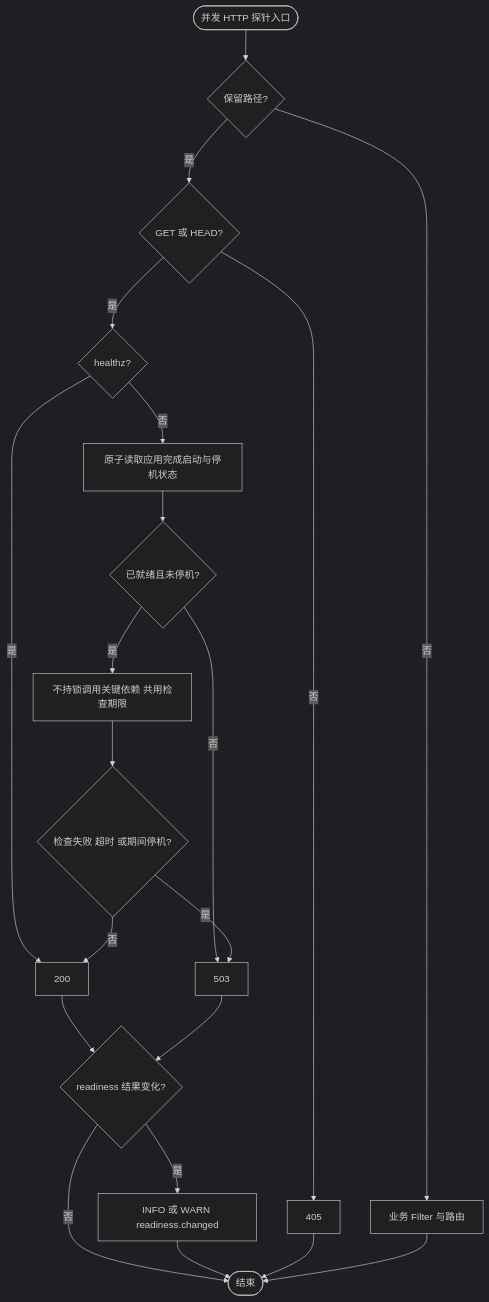
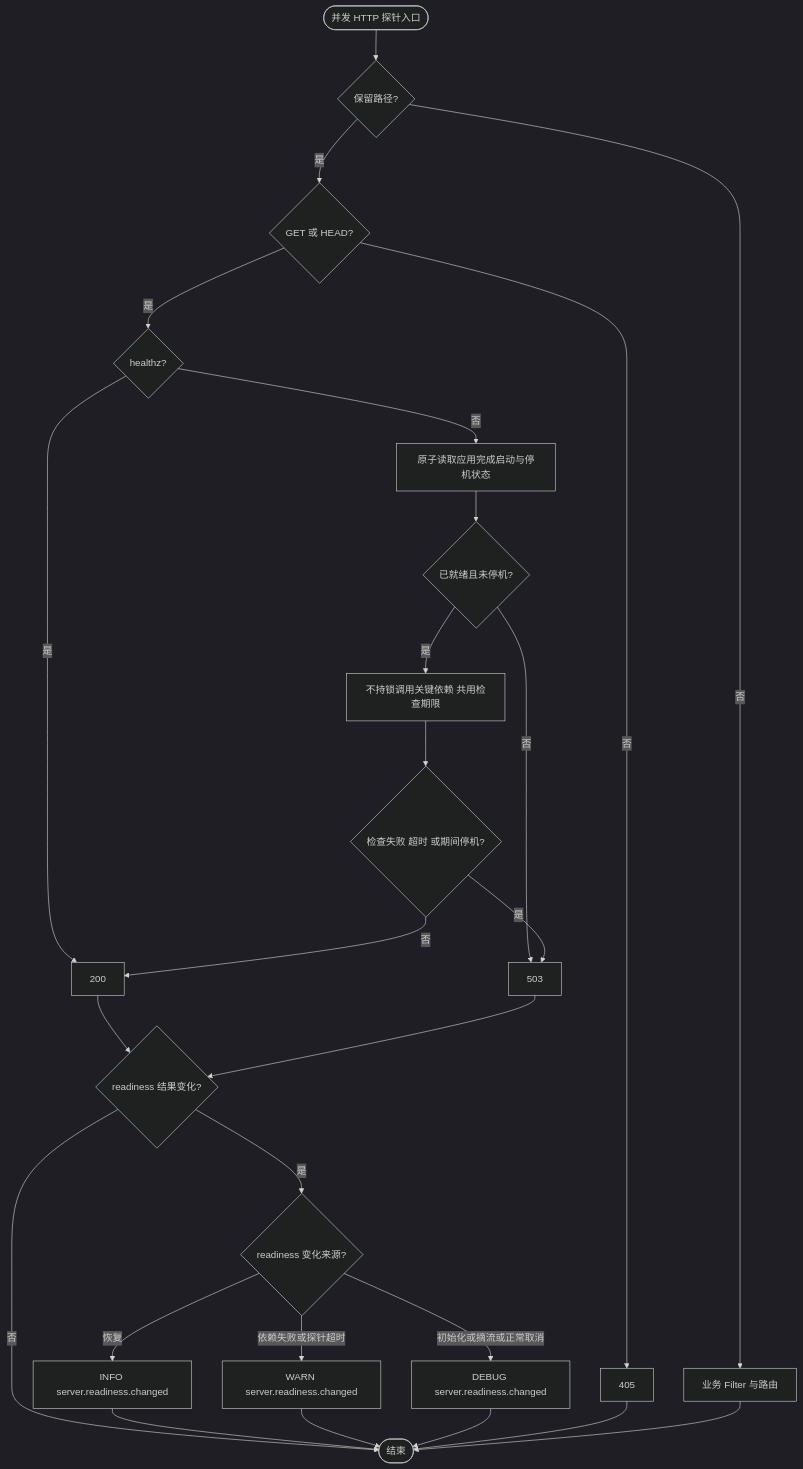
One commit to jaggerzhuang1994/kratos-foundation changed the ninth of 11 diagrams in pkg/server/README.md. Above: the diagram before and after it, drawn with Mermaid (dark theme). The commit also changed other lines of this file and 204 other files, not shown here.

````diff
--- a/pkg/server/README.md
+++ b/pkg/server/README.md
@@ -331,23 +393,28 @@
 ```mermaid
 flowchart TD
     A([并发 HTTP 探针入口]) --> B{保留路径?}
     B -- 否 --> C[业务 Filter 与路由]
     B -- 是 --> D{GET 或 HEAD?}
     D -- 否 --> E[405]
     D -- 是 --> F{healthz?}
     F -- 是 --> G[200]
     F -- 否 --> H[原子读取应用完成启动与停机状态]
     H --> I{已就绪且未停机?}
     I -- 否 --> J[503]
     I -- 是 --> K[不持锁调用关键依赖 共用检查期限]
     K --> L{检查失败 超时 或期间停机?}
     L -- 是 --> J
     L -- 否 --> G
     G --> M{readiness 结果变化?}
     J --> M
-    M -- 是 --> N[INFO 或 WARN readiness.changed]
+    M -- 是 --> N{readiness 变化来源?}
+    N -- 恢复 --> NP[INFO server.readiness.changed]
+    N -- 依赖失败或探针超时 --> NW[WARN server.readiness.changed]
+    N -- 初始化或摘流或正常取消 --> ND[DEBUG server.readiness.changed]
     M -- 否 --> O([结束])
-    N --> O
+    NP --> O
+    NW --> O
+    ND --> O
     E --> O
     C --> O
 ```
````
